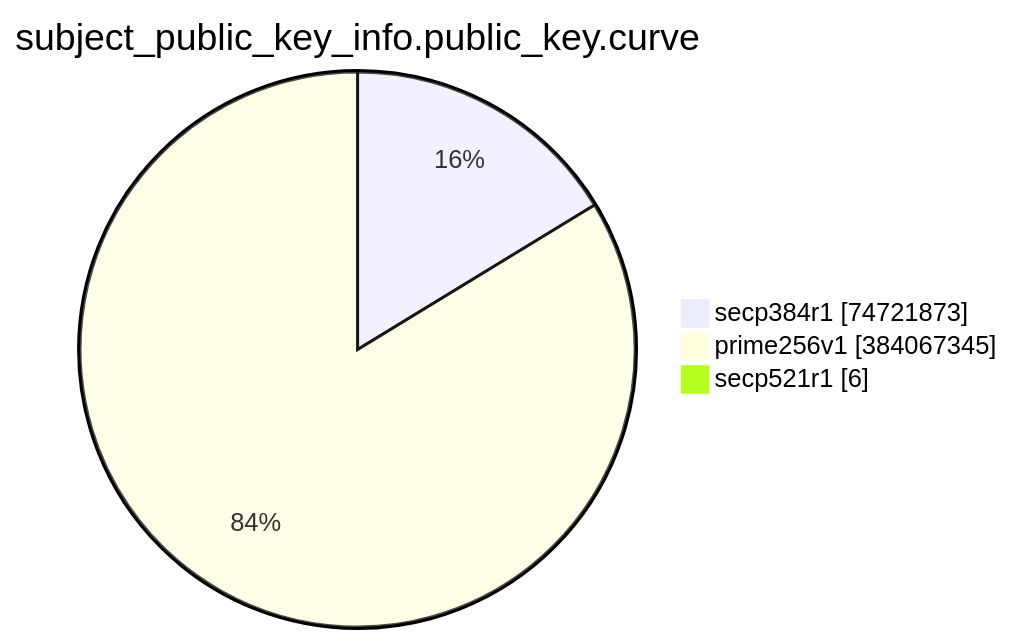
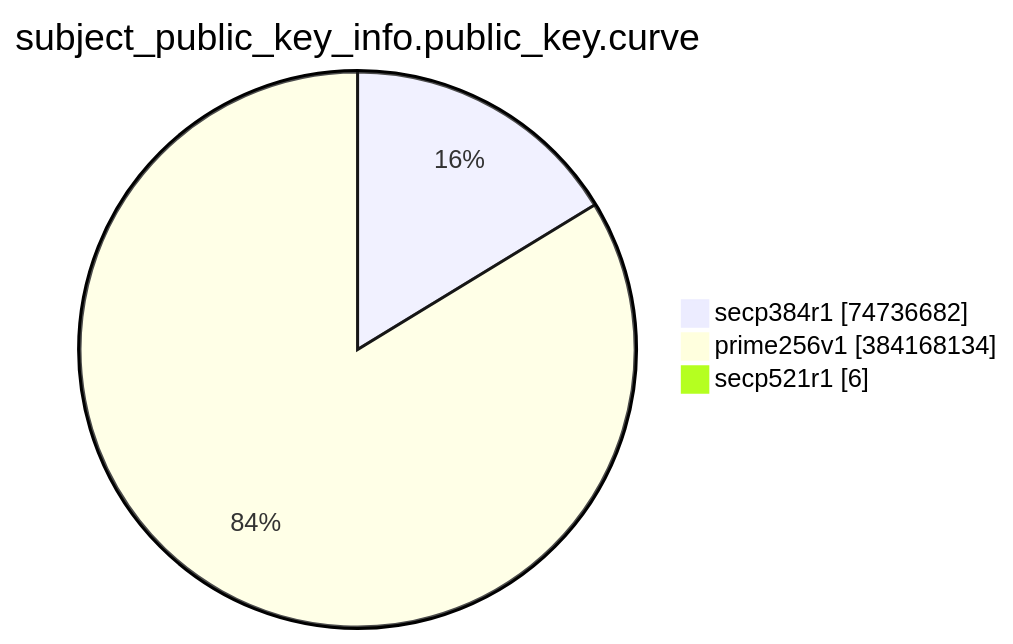
The eighth of 15 diagrams in TOTAL/README.md (christiankrug/ctmonitor_visualization), drawn with Mermaid before and after one commit. The commit also changed other lines of this file, not shown here.

````diff
--- a/TOTAL/README.md
+++ b/TOTAL/README.md
@@ -3094,7 +3094,7 @@
 ```mermaid
 pie showData
 title subject_public_key_info.public_key.curve
-"secp384r1" :74721873
-"prime256v1" :384067345
+"secp384r1" :74736682
+"prime256v1" :384168134
 "secp521r1" :6
 ```
````
